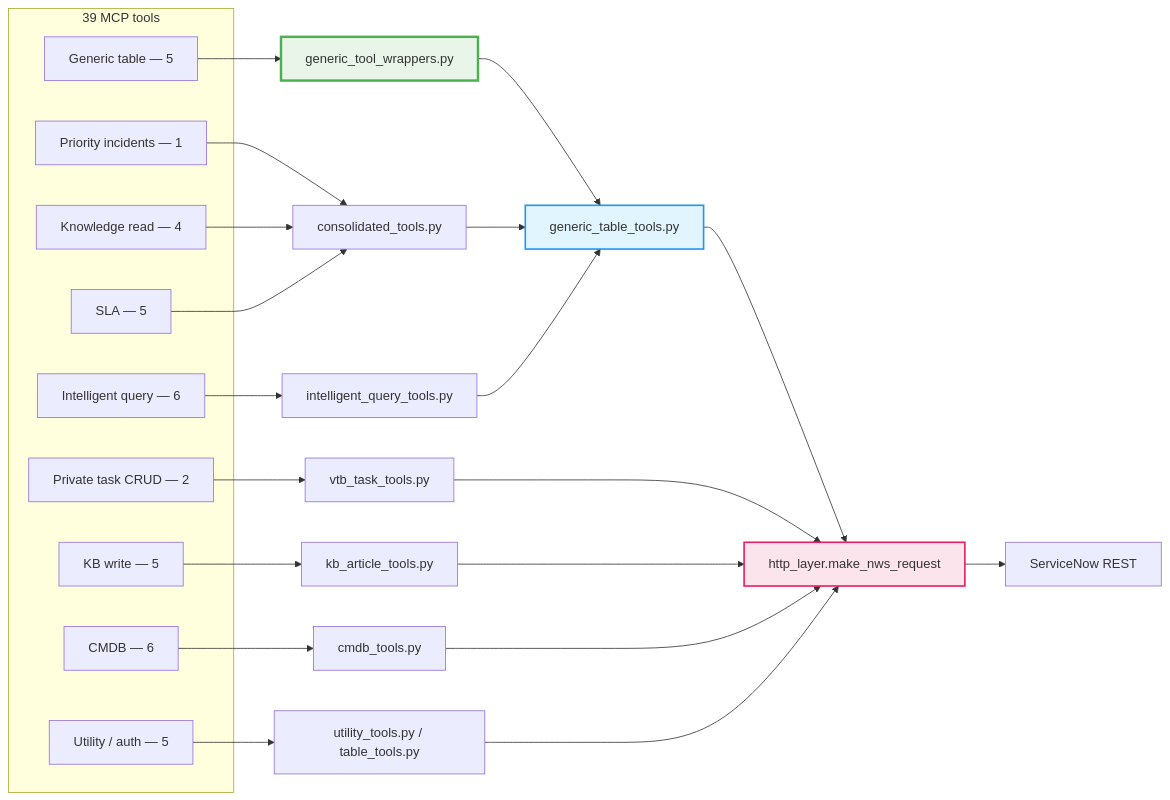
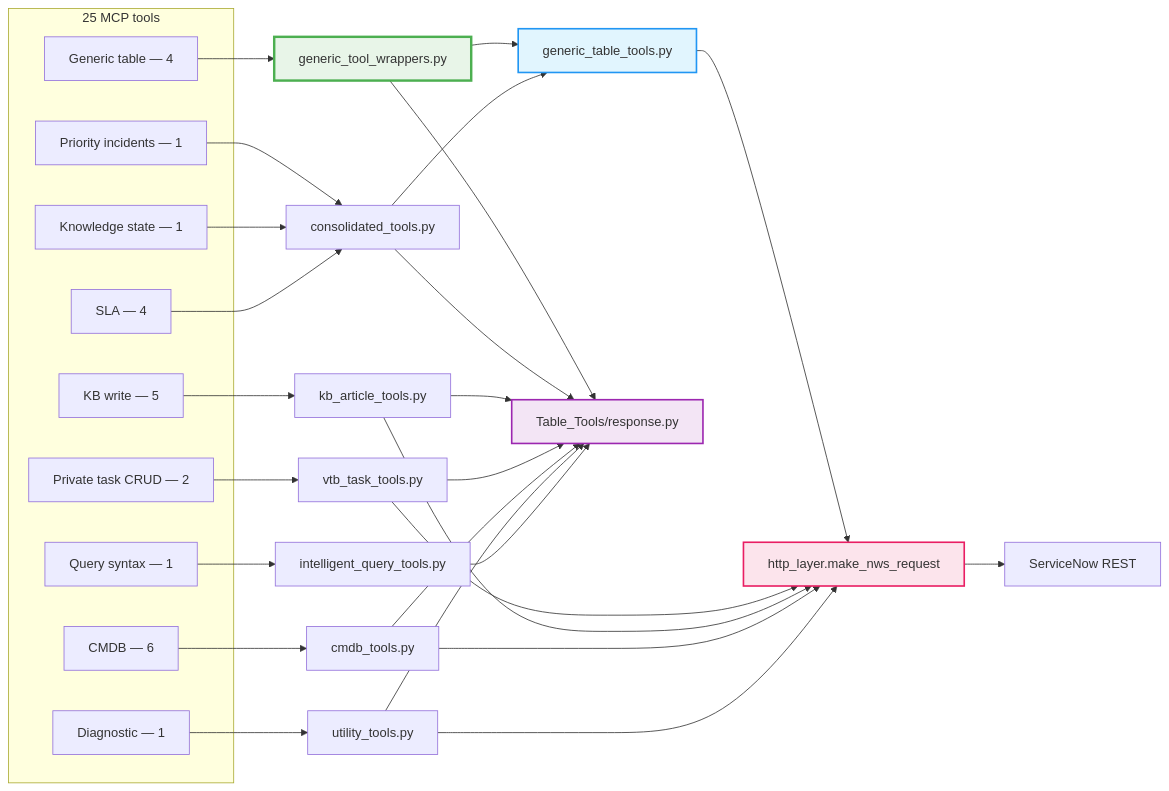
One commit to Papamzor/personal-mcp-servicenow changed the second of 3 diagrams in Diagrams & Documentation/03-tool-organization.md. Above: the diagram before and after it, drawn with Mermaid. The commit also changed other lines of this file, not shown here.

````diff
--- a/Diagrams & Documentation/03-tool-organization.md
+++ b/Diagrams & Documentation/03-tool-organization.md
@@ -46,38 +44,46 @@
 ```mermaid
 graph LR
-    subgraph "39 MCP tools"
-        A[Generic table — 5]
+    subgraph "25 MCP tools"
+        A[Generic table — 4]
         B[Priority incidents — 1]
-        C[Knowledge read — 4]
+        C[Knowledge state — 1]
         D[KB write — 5]
         E[Private task CRUD — 2]
-        F[SLA — 5]
+        F[SLA — 4]
         G[CMDB — 6]
-        H[Intelligent query — 6]
-        I[Utility / auth — 5]
+        H[Query syntax — 1]
+        I[Diagnostic — 1]
     end
 
     A --> W[generic_tool_wrappers.py]
     B --> CNS[consolidated_tools.py]
     C --> CNS
     F --> CNS
     D --> KB[kb_article_tools.py]
     E --> VTB[vtb_task_tools.py]
     G --> CMDB[cmdb_tools.py]
     H --> IQ[intelligent_query_tools.py]
-    I --> U[utility_tools.py / table_tools.py]
+    I --> U[utility_tools.py]
 
     W --> GTT[generic_table_tools.py]
     CNS --> GTT
-    IQ --> GTT
     GTT --> HTTP[http_layer.make_nws_request]
     VTB --> HTTP
     KB --> HTTP
     CMDB --> HTTP
     U --> HTTP
     HTTP --> SN[ServiceNow REST]
 
+    W --> R[Table_Tools/response.py]
+    CNS --> R
+    KB --> R
+    VTB --> R
+    CMDB --> R
+    U --> R
+    IQ --> R
+
     style W fill:#e8f5e8,stroke:#4caf50,stroke-width:3px
     style GTT fill:#e1f5fe,stroke:#2196f3,stroke-width:2px
     style HTTP fill:#fce4ec,stroke:#e91e63,stroke-width:2px
+    style R fill:#f3e5f5,stroke:#9c27b0,stroke-width:2px
 ```
````
